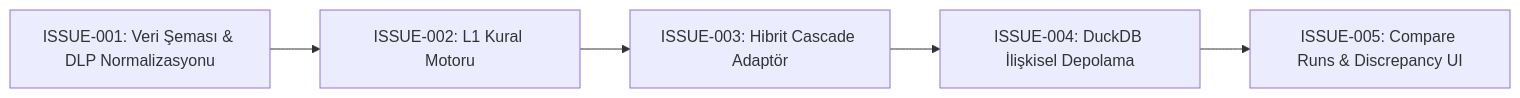
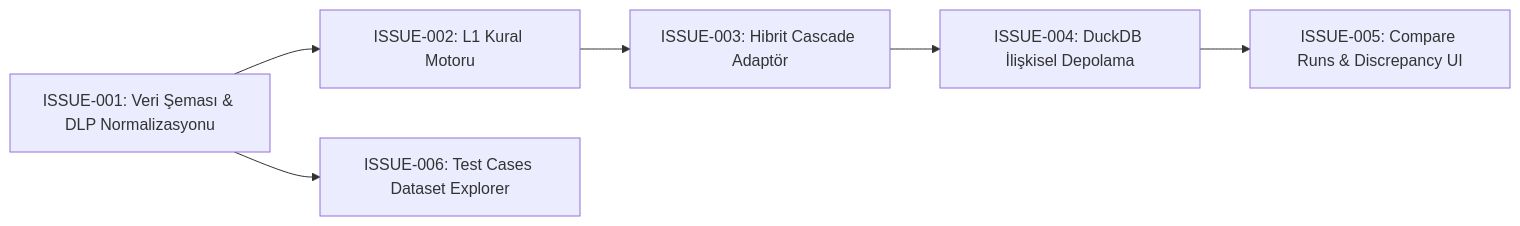
The diagram in docs/issues/README.md (kurtfi/FaradAiBenchmark), drawn with Mermaid before and after one commit. The commit also changed other lines of this file and 18 other files, not shown here.

Commit message:
feat: implement hybrid security engine, DuckDB relational storage, and discrepancy API with dataset explorer UI

````diff
--- a/docs/issues/README.md
+++ b/docs/issues/README.md
@@ -16,7 +17,8 @@
 ```mermaid
 graph LR
     ISSUE001[ISSUE-001: Veri Şeması & DLP Normalizasyonu] --> ISSUE002[ISSUE-002: L1 Kural Motoru]
     ISSUE002 --> ISSUE003[ISSUE-003: Hibrit Cascade Adaptör]
     ISSUE003 --> ISSUE004[ISSUE-004: DuckDB İlişkisel Depolama]
     ISSUE004 --> ISSUE005[ISSUE-005: Compare Runs & Discrepancy UI]
+    ISSUE001 --> ISSUE006[ISSUE-006: Test Cases Dataset Explorer]
 ```
````
